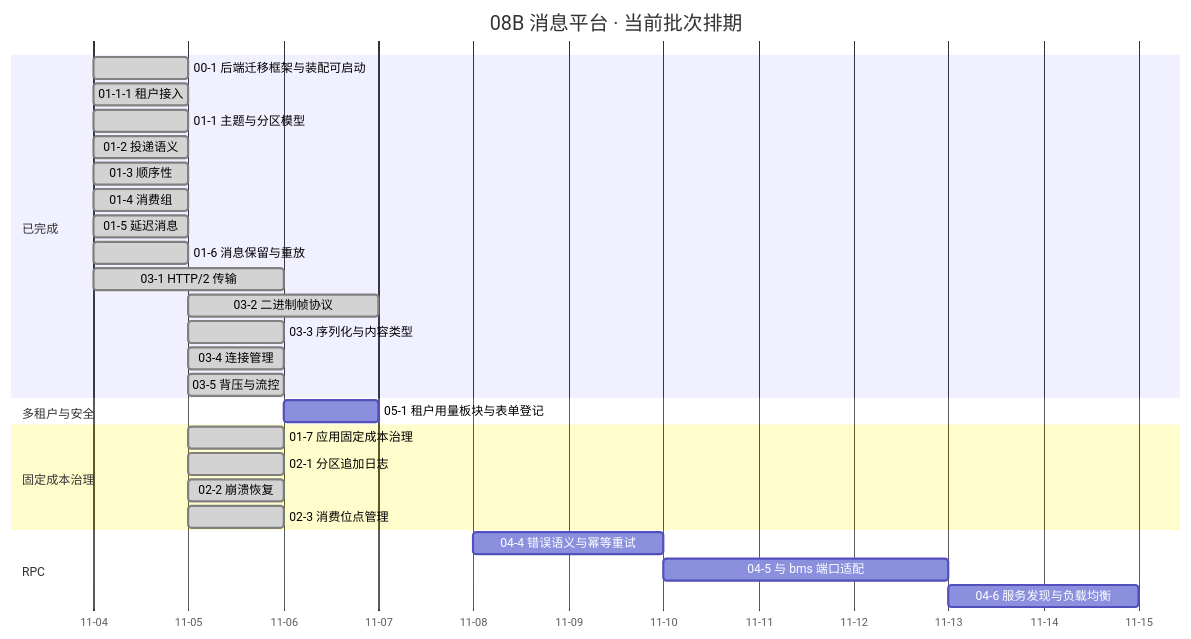
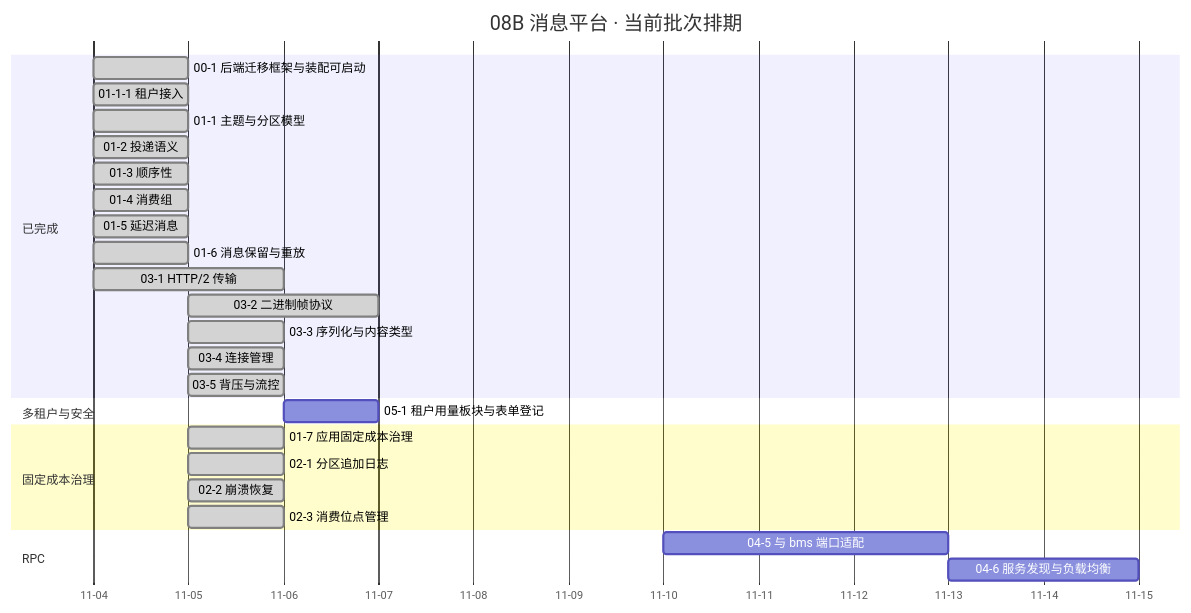
The diagram in msg文档/项目/08B_消息平台/计划/01_计划_消息平台.md (minjian123/message-platform), drawn with Mermaid before and after one commit. The commit also changed other lines of this file and 6 other files, not shown here.

````diff
--- a/msg文档/项目/08B_消息平台/计划/01_计划_消息平台.md
+++ b/msg文档/项目/08B_消息平台/计划/01_计划_消息平台.md
@@ -76,32 +77,31 @@
 ```mermaid
 gantt
     title 08B 消息平台 · 当前批次排期
-    %% 任务域 02：02-7 已交付（2026-11-05）、02-4/02-5 搁置（待 8B_05）；任务域 04：04-1 / 04-2 / 04-3 / 04-7 已交付不入甘特，04-4~04-6 已解搁置并顺排
+    %% 任务域 02：02-7 已交付（2026-11-05）、02-4/02-5 搁置（待 8B_05）；任务域 04：04-1 / 04-2 / 04-3 / 04-4 / 04-7 已交付不入甘特，04-5 / 04-6 已解搁置并顺排
     dateFormat YYYY-MM-DD
     axisFormat %m-%d
     section 已完成
     00-1 后端迁移框架与装配可启动 :done, d001, 2026-11-04, 1d
     01-1-1 租户接入 :done, d0111, 2026-11-04, 1d
     01-1 主题与分区模型 :done, t011, 2026-11-04, 1d
     01-2 投递语义 :done, t012, 2026-11-04, 1d
     01-3 顺序性 :done, t013, 2026-11-04, 1d
     01-4 消费组 :done, t014, 2026-11-04, 1d
     01-5 延迟消息 :done, t015, 2026-11-04, 1d
     01-6 消息保留与重放 :done, t016, 2026-11-04, 1d
     03-1 HTTP/2 传输 :done, t031, 2026-11-04, 2d
     03-2 二进制帧协议 :done, t032, 2026-11-05, 2d
     03-3 序列化与内容类型 :done, t033, 2026-11-05, 1d
     03-4 连接管理 :done, t034, 2026-11-05, 1d
     03-5 背压与流控 :done, t035, 2026-11-05, 1d
     section 多租户与安全
     05-1 租户用量板块与表单登记 :t051, after t035, 1d
     section 固定成本治理
     01-7 应用固定成本治理 :done, t017, 2026-11-05, 1d
     02-1 分区追加日志 :done, t021, 2026-11-05, 1d
     02-2 崩溃恢复 :done, t022, 2026-11-05, 1d
     02-3 消费位点管理 :done, t023, 2026-11-05, 1d
     section RPC
-    04-4 错误语义与幂等重试 :t044, 2026-11-08, 2d
     04-5 与 bms 端口适配 :t045, 2026-11-10, 3d
     04-6 服务发现与负载均衡 :t046, 2026-11-13, 2d
 ```
````
